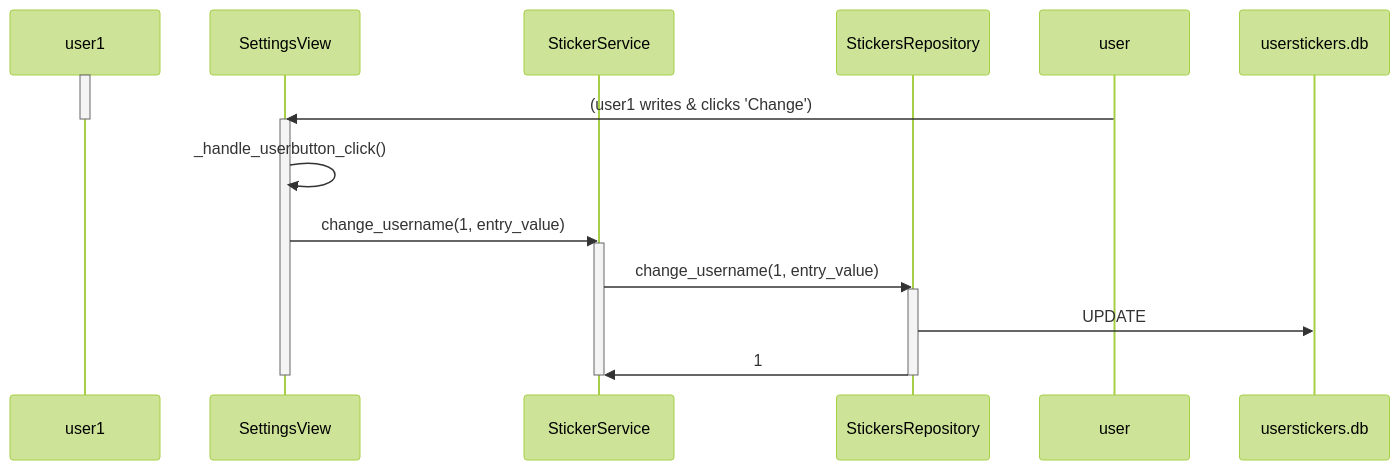
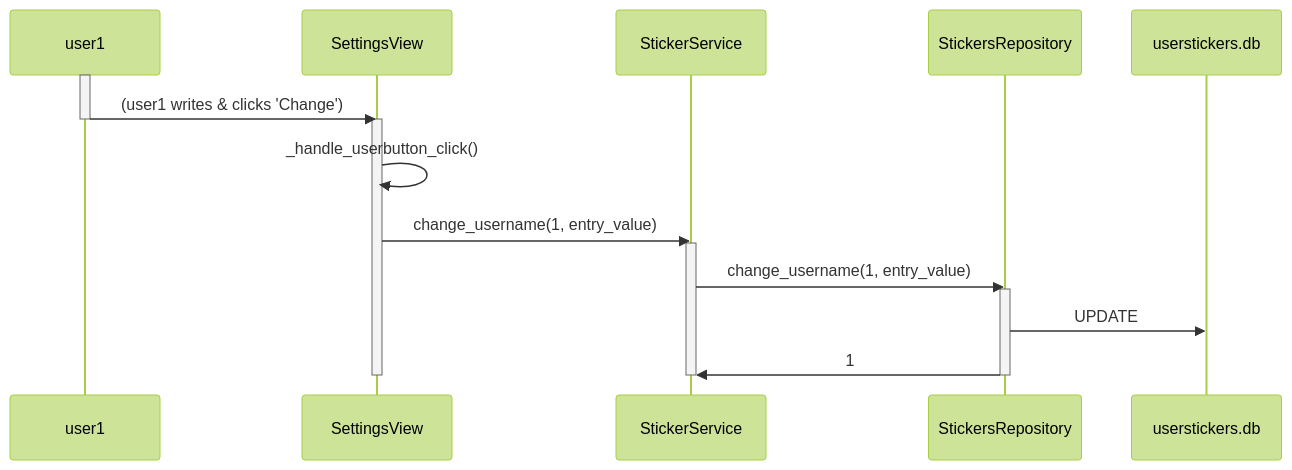
Before and after one commit to suitsuke/ot-harjoitustyo: the fourth of 4 diagrams in dokumentaatio/arkkitehtuuri.md, drawn with Mermaid (forest theme). The commit also changed other lines of this file, not shown here.

````diff
--- a/dokumentaatio/arkkitehtuuri.md
+++ b/dokumentaatio/arkkitehtuuri.md
@@ -147,25 +149,25 @@
 ```mermaid
 sequenceDiagram
 	participant user1
 	participant SettingsView
 	participant StickerService
 	participant StickersRepository
 	
     activate user1
-    user->>SettingsView:(user1 writes & clicks 'Change')
+    user1->>SettingsView:(user1 writes & clicks 'Change')
     deactivate user1
     activate SettingsView
     SettingsView->>SettingsView:_handle_userbutton_click()
     SettingsView->>StickerService:change_username(1, entry_value)
     activate StickerService
     StickerService->>StickersRepository:change_username(1, entry_value)
     activate StickersRepository
     participant userstickers.db
     StickersRepository->>userstickers.db:UPDATE
     StickersRepository->>StickerService:1
     deactivate StickersRepository
     deactivate StickerService
     deactivate SettingsView
     
     
 ```
````
